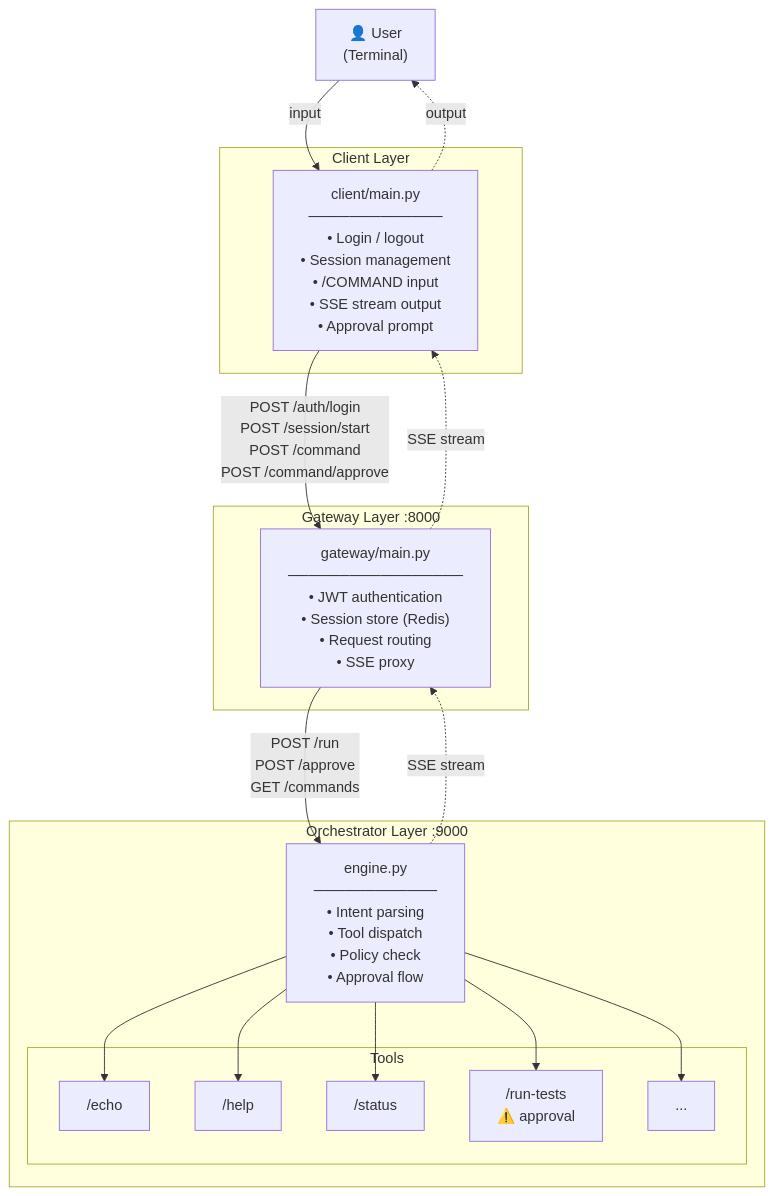
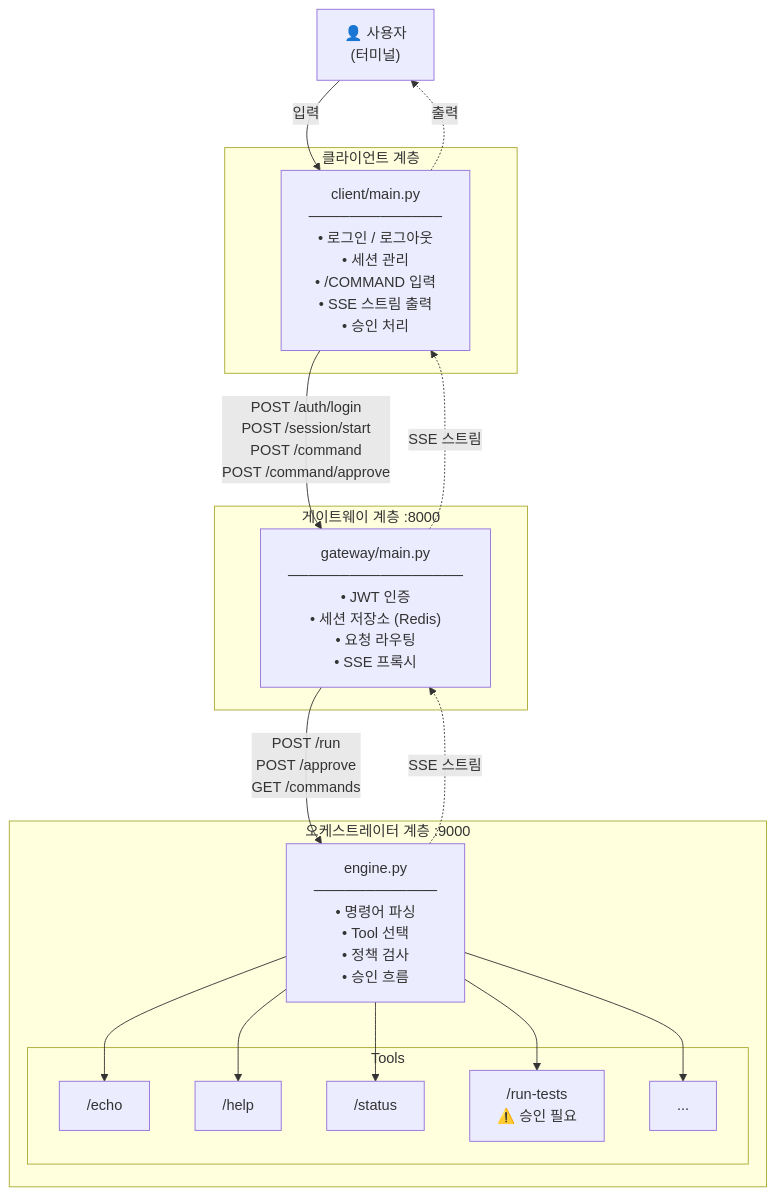
One commit to musiren/maha-claude changed the first of 4 diagrams in README.md. Above: the diagram before and after it, drawn with Mermaid. The commit also changed other lines of this file, not shown here.

````diff
--- a/README.md
+++ b/README.md
@@ -19,31 +19,31 @@
 ```mermaid
 graph TD
-    User["👤 User<br/>(Terminal)"]
+    User["👤 사용자<br/>(터미널)"]
 
-    subgraph CLIENT["Client Layer"]
-        C["client/main.py<br/>─────────────<br/>• Login / logout<br/>• Session management<br/>• /COMMAND input<br/>• SSE stream output<br/>• Approval prompt"]
+    subgraph CLIENT["클라이언트 계층"]
+        C["client/main.py<br/>─────────────<br/>• 로그인 / 로그아웃<br/>• 세션 관리<br/>• /COMMAND 입력<br/>• SSE 스트림 출력<br/>• 승인 처리"]
     end
 
-    subgraph GATEWAY["Gateway Layer  :8000"]
-        G["gateway/main.py<br/>─────────────────<br/>• JWT authentication<br/>• Session store (Redis)<br/>• Request routing<br/>• SSE proxy"]
+    subgraph GATEWAY["게이트웨이 계층  :8000"]
+        G["gateway/main.py<br/>─────────────────<br/>• JWT 인증<br/>• 세션 저장소 (Redis)<br/>• 요청 라우팅<br/>• SSE 프록시"]
     end
 
-    subgraph ORCHESTRATOR["Orchestrator Layer  :9000"]
-        E["engine.py<br/>────────────<br/>• Intent parsing<br/>• Tool dispatch<br/>• Policy check<br/>• Approval flow"]
+    subgraph ORCHESTRATOR["오케스트레이터 계층  :9000"]
+        E["engine.py<br/>────────────<br/>• 명령어 파싱<br/>• Tool 선택<br/>• 정책 검사<br/>• 승인 흐름"]
         subgraph TOOLS["Tools"]
             T1["/echo"]
             T2["/help"]
             T3["/status"]
-            T4["/run-tests<br/>⚠️ approval"]
+            T4["/run-tests<br/>⚠️ 승인 필요"]
             T5["..."]
         end
         E --> T1 & T2 & T3 & T4 & T5
     end
 
-    User -- "input" --> C
+    User -- "입력" --> C
     C -- "POST /auth/login<br/>POST /session/start<br/>POST /command<br/>POST /command/approve" --> G
     G -- "POST /run<br/>POST /approve<br/>GET /commands" --> E
-    E -. "SSE stream" .-> G
-    G -. "SSE stream" .-> C
-    C -. "output" .-> User
+    E -. "SSE 스트림" .-> G
+    G -. "SSE 스트림" .-> C
+    C -. "출력" .-> User
 ```
````
